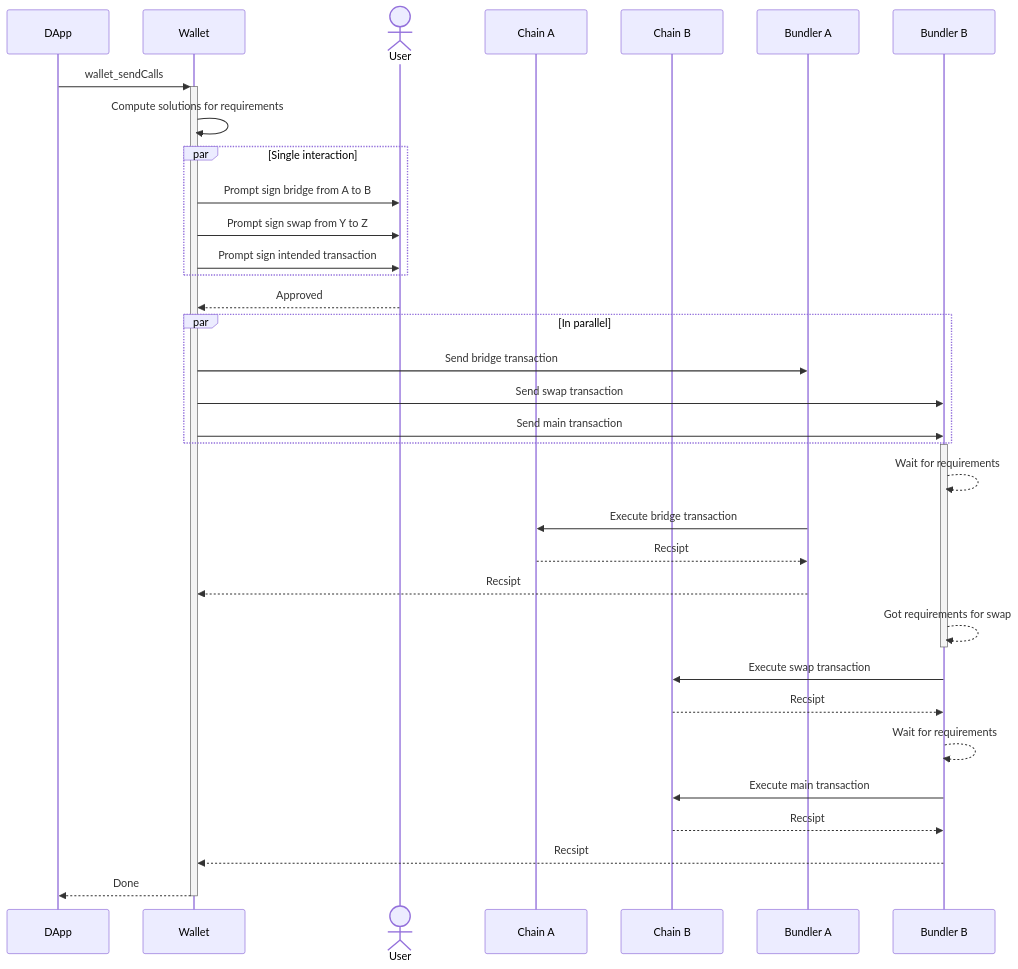
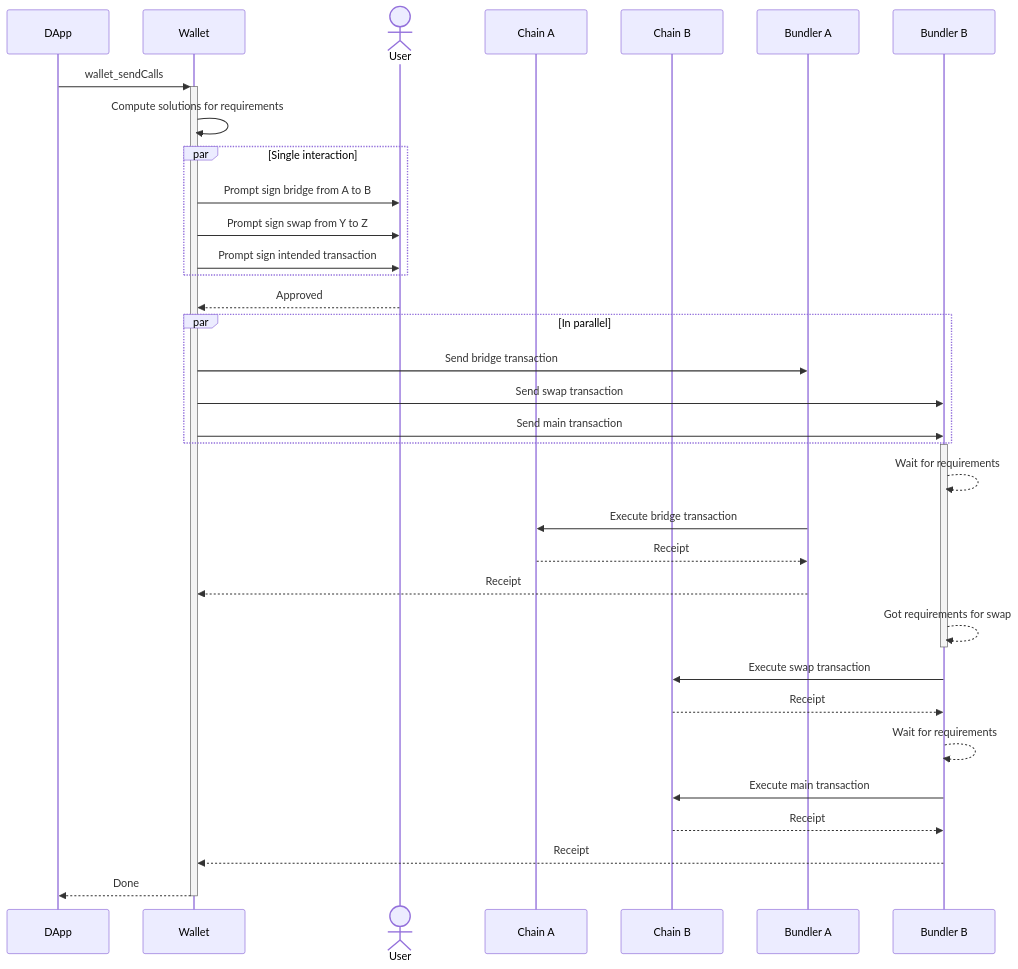
Before and after one commit to sila-chain/SRCs: the diagram in assets/src-7795/sc_example.mmd, drawn with Mermaid. The commit also changed 997 other files, not shown here.

```diff
--- a/assets/src-7795/sc_example.mmd
+++ b/assets/src-7795/sc_example.mmd
@@ -1,35 +1,35 @@
 sequenceDiagram
     participant D as DApp
     participant W as Wallet
     actor U as User
     participant CA as Chain A
     participant CB as Chain B
     participant BA as Bundler A
     participant BB as Bundler B
     D->>+W: wallet_sendCalls
     W->>W: Compute solutions for requirements
     par Single interaction
         W->>U: Prompt sign bridge from A to B
         W->>U: Prompt sign swap from Y to Z
         W->>U: Prompt sign intended transaction
     end
     U-->>W: Approved
     par In parallel
         W->>BA: Send bridge transaction
         W->>BB: Send swap transaction
         W->>BB: Send main transaction
     end
     activate BB
     BB-->>BB: Wait for requirements
     BA->>CA: Execute bridge transaction 
-    CA-->>BA: Recsipt
-    BA-->>W: Recsipt
+    CA-->>BA: Receipt
+    BA-->>W: Receipt
     BB-->>BB: Got requirements for swap
     deactivate BB
     BB->>CB: Execute swap transaction
-    CB-->>BB: Recsipt
+    CB-->>BB: Receipt
     BB-->>BB: Wait for requirements
     BB->>CB: Execute main transaction
-    CB-->>BB: Recsipt
-    BB-->>W: Recsipt
+    CB-->>BB: Receipt
+    BB-->>W: Receipt
     W-->>-D: Done
```
